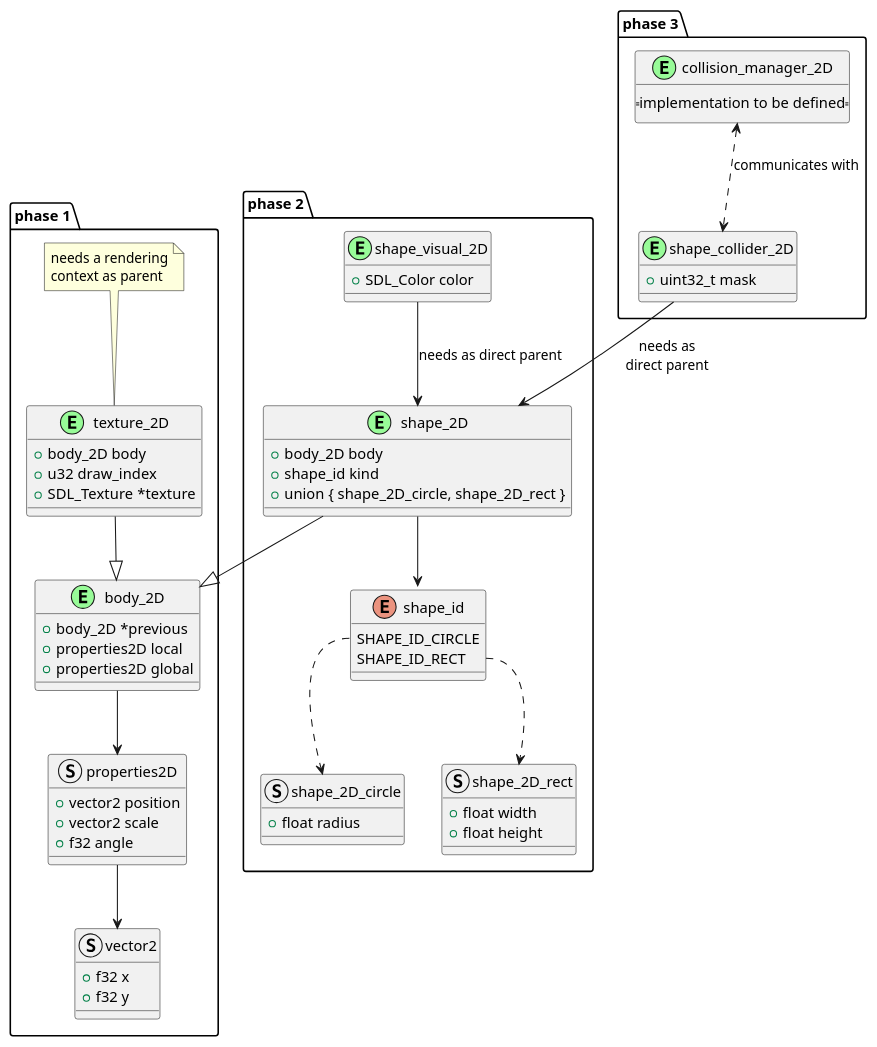
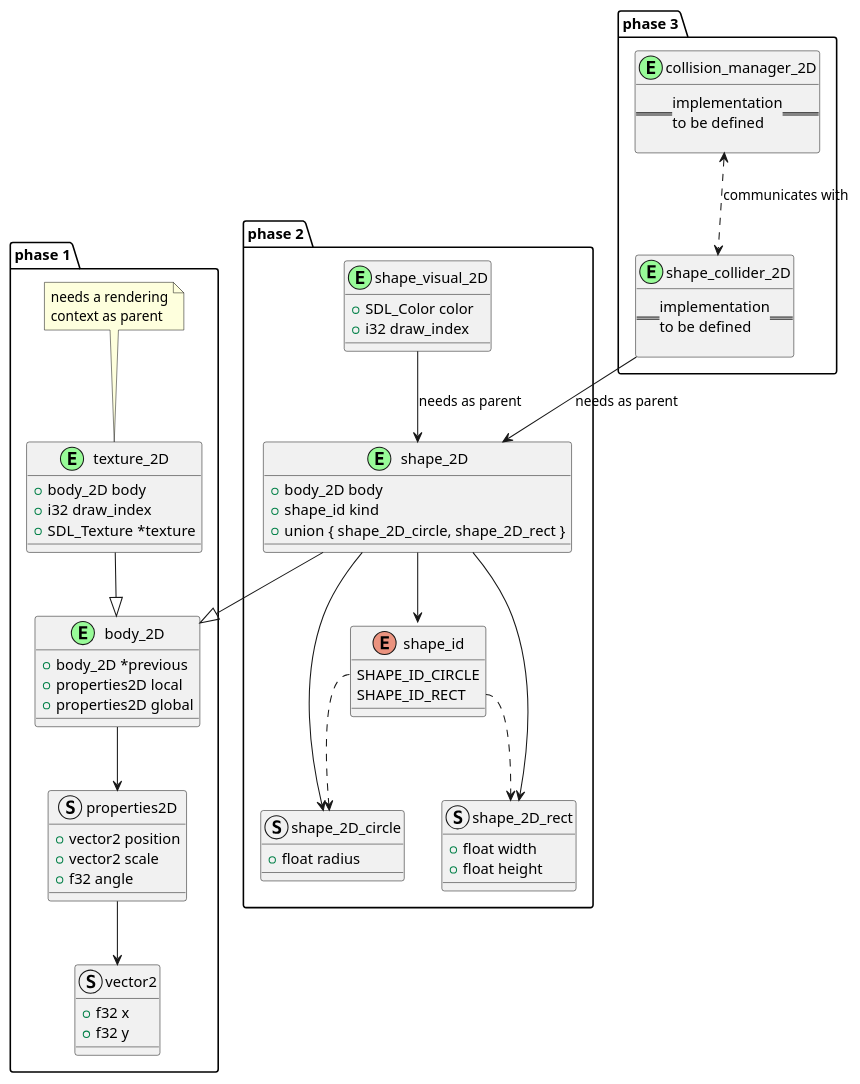
One commit to Belagir/basilisk changed the diagram in doc/base_entities.puml. Above: the diagram before and after it, drawn with PlantUML. The commit also changed 2 other files, not shown here.

```diff
--- a/doc/base_entities.puml
+++ b/doc/base_entities.puml
@@ -1,109 +1,104 @@
 @startuml 2D engine base entities
 
 ' ------------------------------------------------------------------------------
 ' ------------------------------------------------------------------------------
 
 package phase_1 as "phase 1"  {
 
     struct vector2 {
         + f32 x
         + f32 y
     }
 
     struct properties2D {
         + vector2 position
         + vector2 scale
         + f32 angle
     }
     properties2D --> vector2
 
     struct body_2D << (E, PaleGreen) >> {
         + body_2D *previous
         + properties2D local
         + properties2D global
     }
     body_2D --> properties2D
 
+    struct texture_2D << (E, PaleGreen) >> {
+        + body_2D body
+        + i32 draw_index
+        + SDL_Texture *texture
+    }
+    texture_2D --|> body_2D
+    note top of texture_2D : needs a rendering\ncontext as parent
 }
 
 ' ------------------------------------------------------------------------------
 ' ------------------------------------------------------------------------------
 
 package phase_2 as "phase 2" {
 
     struct shape_2D_circle {
         + float radius
     }
 
     ' ------------------------------------------------------------------------------
 
     struct shape_2D_rect {
         + float width
         + float height
     }
 
     ' ------------------------------------------------------------------------------
 
     enum shape_id {
         SHAPE_ID_CIRCLE
         SHAPE_ID_RECT
     }
     shape_id::SHAPE_ID_CIRCLE ..> shape_2D_circle
     shape_id::SHAPE_ID_RECT ..> shape_2D_rect
 
     ' ------------------------------------------------------------------------------
 
     struct shape_2D << (E, PaleGreen) >> {
         + body_2D body
         + shape_id kind
         + union { shape_2D_circle, shape_2D_rect }
     }
 
     shape_2D --> shape_id
     shape_2D --|> body_2D
+    shape_2D --> shape_2D_circle
+    shape_2D --> shape_2D_rect
 
     struct shape_visual_2D << (E, PaleGreen) >> {
         + SDL_Color color
+        + i32 draw_index
     }
-    shape_visual_2D --> shape_2D : needs as direct parent
-
-}
-
-' ------------------------------------------------------------------------------
-' ------------------------------------------------------------------------------
-
-package phase_1 {
-
-    struct texture_2D << (E, PaleGreen) >> {
-        + body_2D body
-        + u32 draw_index
-        + SDL_Texture *texture
-    }
-    texture_2D --|> body_2D
-    note top of texture_2D : needs a rendering\ncontext as parent
+    shape_visual_2D --> shape_2D : needs as parent
 
 }
 
 ' ------------------------------------------------------------------------------
 ' ------------------------------------------------------------------------------
 
 package phase_3 as "phase 3" {
 
-struct shape_collider_2D << (E, PaleGreen) >> {
-    + uint32_t mask
-}
-shape_collider_2D --> shape_2D : needs as\ndirect parent
+    struct shape_collider_2D << (E, PaleGreen) >> {
+        == implementation\nto be defined ==
+    }
+    shape_collider_2D --> shape_2D : needs as parent
 
-' ------------------------------------------------------------------------------
+    ' ------------------------------------------------------------------------------
 
-struct collision_manager_2D << (E, PaleGreen) >> {
-    == implementation to be defined ==
-}
-collision_manager_2D <..> shape_collider_2D : communicates with
+    struct collision_manager_2D << (E, PaleGreen) >> {
+        == implementation\nto be defined ==
+    }
+    collision_manager_2D <..> shape_collider_2D : communicates with
 
 }
 
 ' ------------------------------------------------------------------------------
 ' ------------------------------------------------------------------------------
 
 @enduml
```
